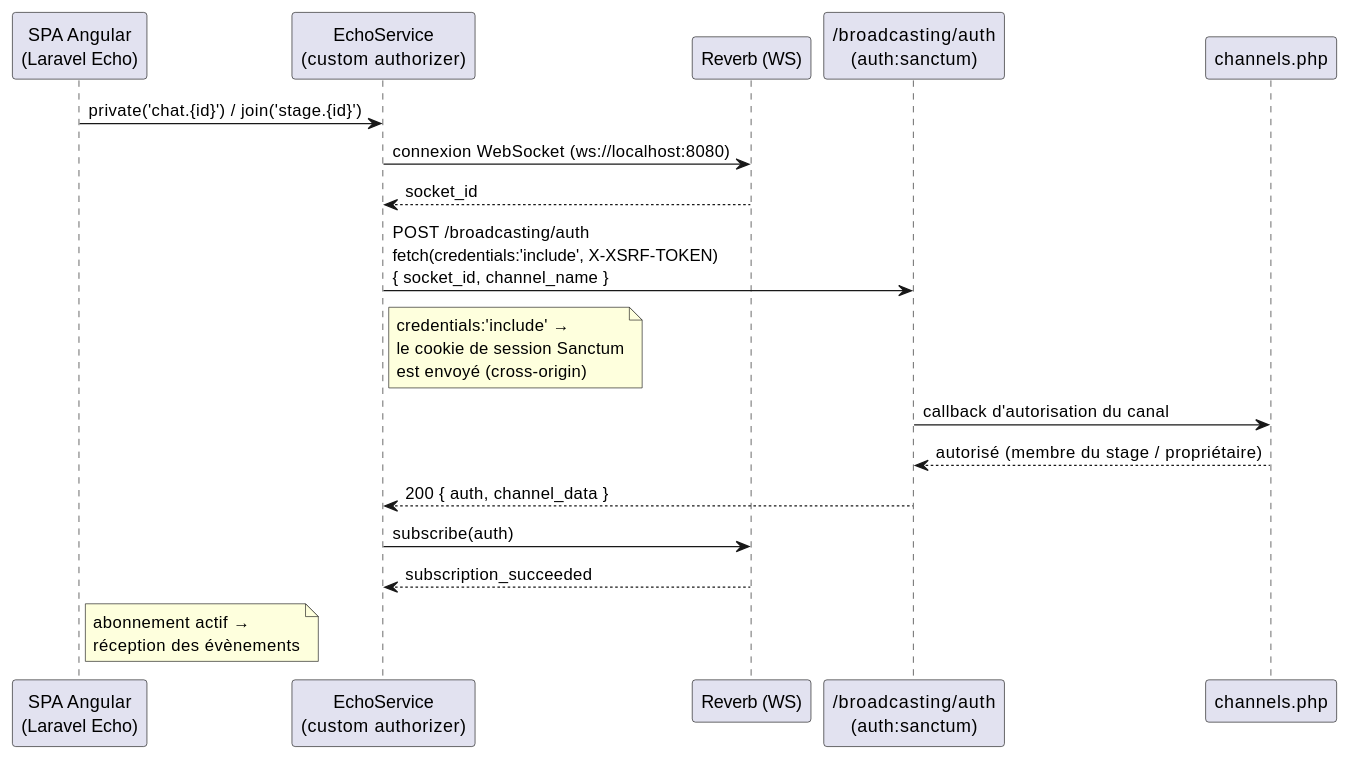
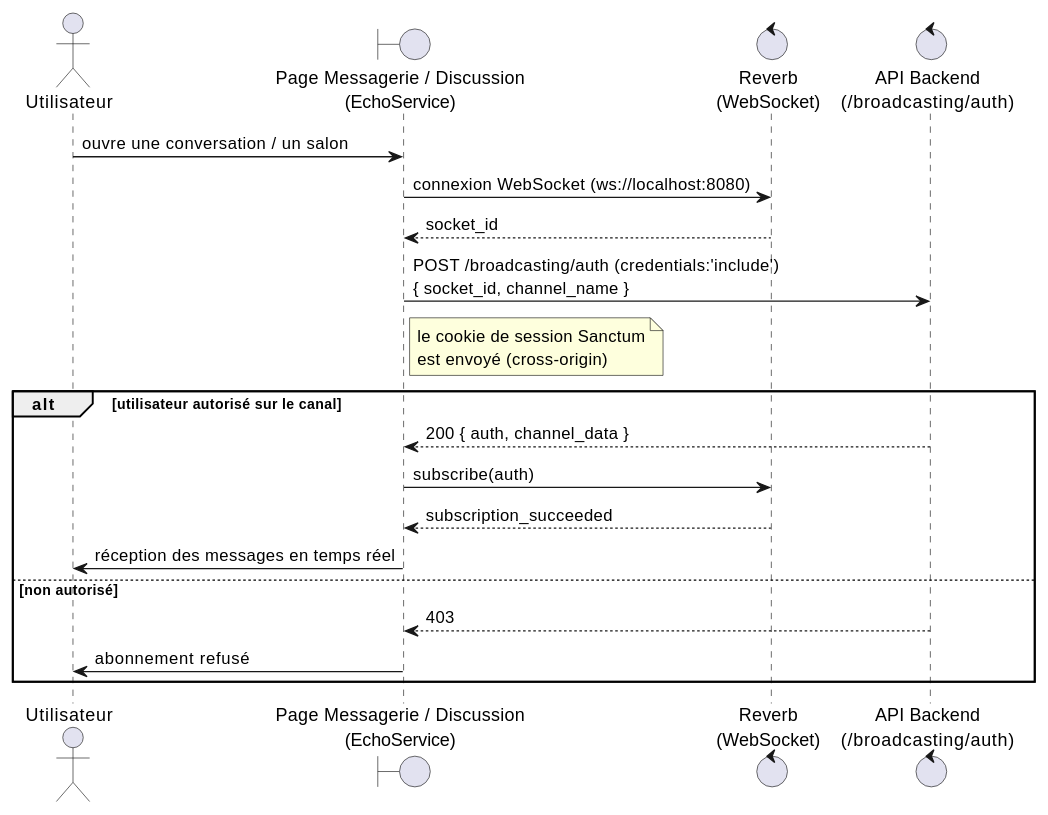
Before and after one commit to CyberCodeCracker/pfa: the fourth of 5 diagrams in SPRINT_3_Dashboarding_Messagerie_Notifications_UIUX.md, drawn with PlantUML. The commit also changed other lines of this file and 8 other files, not shown here.

````diff
--- a/SPRINT_3_Dashboarding_Messagerie_Notifications_UIUX.md
+++ b/SPRINT_3_Dashboarding_Messagerie_Notifications_UIUX.md
@@ -260,21 +257,23 @@
 ```plantuml
 @startuml SEQ_Sprint3_ChannelAuth
-participant "SPA Angular\n(Laravel Echo)" as SPA
-participant "EchoService\n(custom authorizer)" as Echo
-participant "Reverb (WS)" as WS
-participant "/broadcasting/auth\n(auth:sanctum)" as Auth
-participant "channels.php" as Ch
+actor Utilisateur as U
+boundary "Page Messagerie / Discussion\n(EchoService)" as Echo
+control "Reverb\n(WebSocket)" as WS
+control "API Backend\n(/broadcasting/auth)" as API
 
-SPA -> Echo : private('chat.{id}') / join('stage.{id}')
+U -> Echo : ouvre une conversation / un salon
 Echo -> WS : connexion WebSocket (ws://localhost:8080)
 WS --> Echo : socket_id
-Echo -> Auth : POST /broadcasting/auth\nfetch(credentials:'include', X-XSRF-TOKEN)\n{ socket_id, channel_name }
-note right of Echo : credentials:'include' →\nle cookie de session Sanctum\nest envoyé (cross-origin)
-Auth -> Ch : callback d'autorisation du canal
-Ch --> Auth : autorisé (membre du stage / propriétaire)
-Auth --> Echo : 200 { auth, channel_data }
-Echo -> WS : subscribe(auth)
-WS --> Echo : subscription_succeeded
-note right of SPA : abonnement actif →\nréception des évènements
+Echo -> API : POST /broadcasting/auth (credentials:'include')\n{ socket_id, channel_name }
+note right of Echo : le cookie de session Sanctum\nest envoyé (cross-origin)
+alt utilisateur autorisé sur le canal
+  API --> Echo : 200 { auth, channel_data }
+  Echo -> WS : subscribe(auth)
+  WS --> Echo : subscription_succeeded
+  Echo -> U : réception des messages en temps réel
+else non autorisé
+  API --> Echo : 403
+  Echo -> U : abonnement refusé
+end
 @enduml
 ```
````
